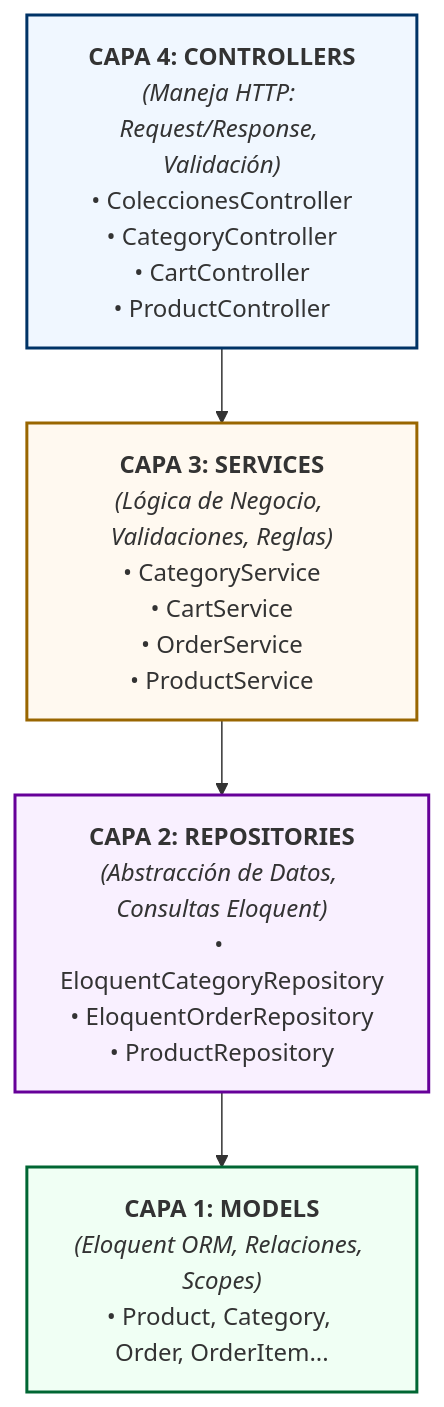
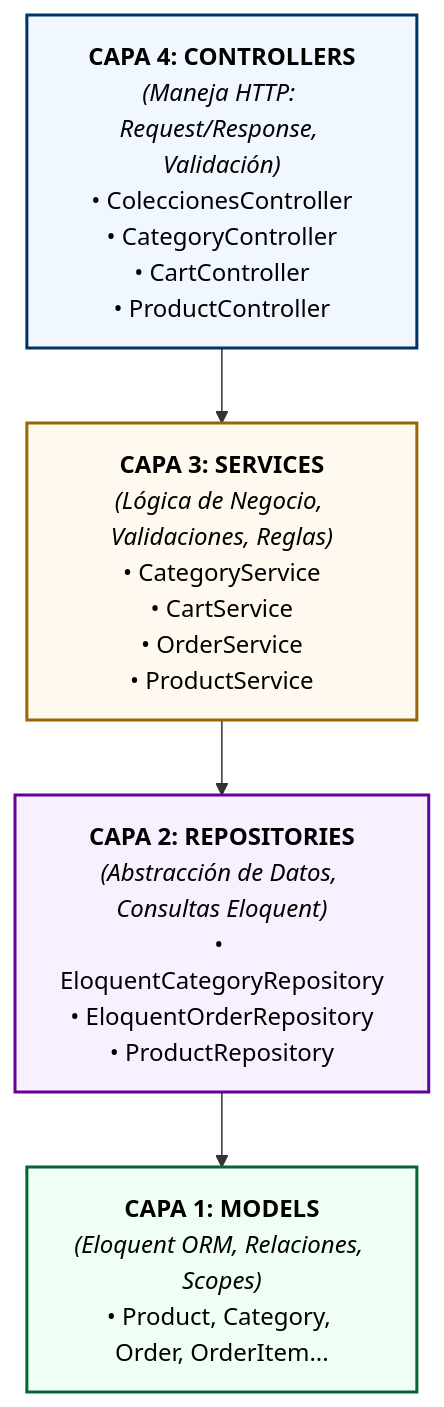
One commit to joangriful/MiKiwi changed the diagram in docs/backend/GUIA_ARQUITECTURA_Y_CONTROLADORES.md. Above: the diagram before and after it, drawn with Mermaid. The commit also changed 1 other file, not shown here.

Commit message:
docs: improve Mermaid readability by forcing black text color

````diff
--- a/docs/backend/GUIA_ARQUITECTURA_Y_CONTROLADORES.md
+++ b/docs/backend/GUIA_ARQUITECTURA_Y_CONTROLADORES.md
@@ -23,19 +23,19 @@
 ```mermaid
 graph TD
     C["<b>CAPA 4: CONTROLLERS</b><br/><i>(Maneja HTTP: Request/Response, Validación)</i><br/>• ColeccionesController<br/>• CategoryController<br/>• CartController<br/>• ProductController"]
     
     S["<b>CAPA 3: SERVICES</b><br/><i>(Lógica de Negocio, Validaciones, Reglas)</i><br/>• CategoryService<br/>• CartService<br/>• OrderService<br/>• ProductService"]
     
     R["<b>CAPA 2: REPOSITORIES</b><br/><i>(Abstracción de Datos, Consultas Eloquent)</i><br/>• EloquentCategoryRepository<br/>• EloquentOrderRepository<br/>• ProductRepository"]
     
     M["<b>CAPA 1: MODELS</b><br/><i>(Eloquent ORM, Relaciones, Scopes)</i><br/>• Product, Category, Order, OrderItem..."]
 
     C --> S
     S --> R
     R --> M
 
-    style C fill:#f0f7ff,stroke:#003366,stroke-width:2px
-    style S fill:#fff9f0,stroke:#996600,stroke-width:2px
-    style R fill:#f9f0ff,stroke:#660099,stroke-width:2px
-    style M fill:#f0fff4,stroke:#006633,stroke-width:2px
+    style C fill:#f0f7ff,stroke:#003366,stroke-width:2px,color:#000
+    style S fill:#fff9f0,stroke:#996600,stroke-width:2px,color:#000
+    style R fill:#f9f0ff,stroke:#660099,stroke-width:2px,color:#000
+    style M fill:#f0fff4,stroke:#006633,stroke-width:2px,color:#000
 ```
````
